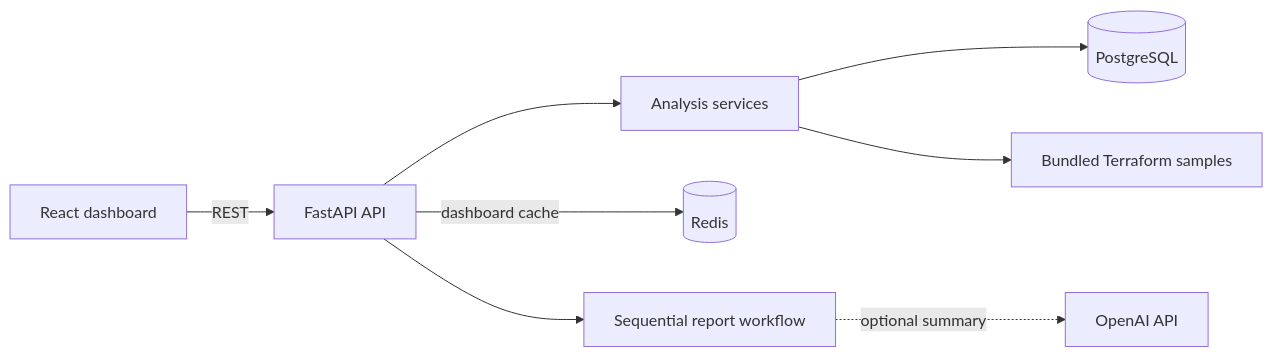
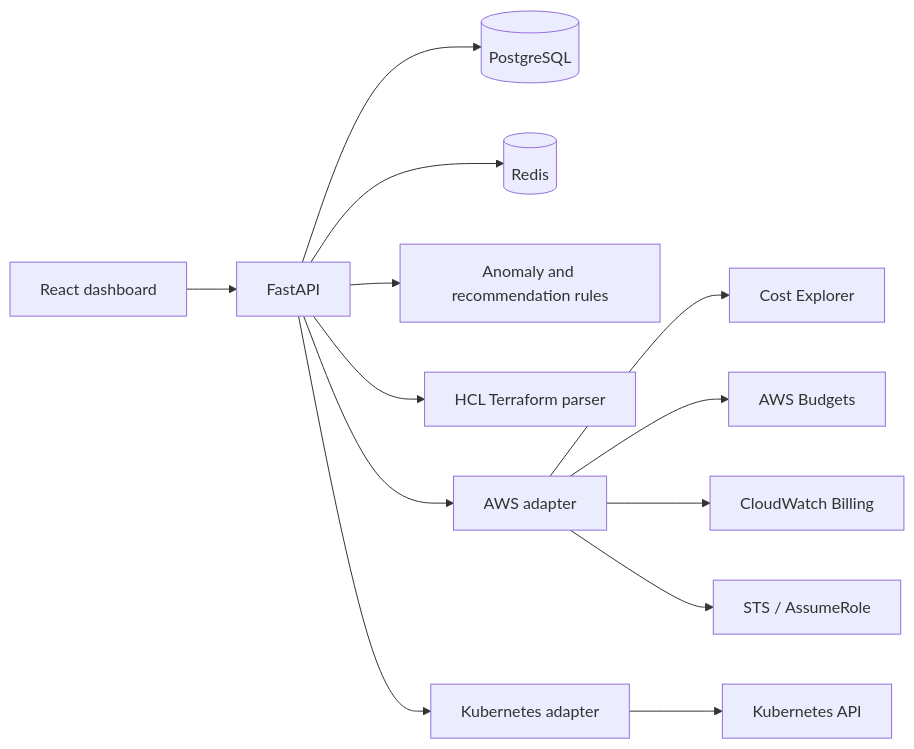
One commit to KevanMehta/ai-cloudops-platform changed the diagram in README.md. Above: the diagram before and after it, drawn with Mermaid. The commit also changed other lines of this file and 32 other files, not shown here.

````diff
--- a/README.md
+++ b/README.md
@@ -28,10 +38,15 @@
 ```mermaid
 flowchart LR
-    Browser[React dashboard] -->|REST| API[FastAPI API]
-    API --> Services[Analysis services]
-    Services --> DB[(PostgreSQL)]
-    API -->|dashboard cache| Redis[(Redis)]
-    Services --> Samples[Bundled Terraform samples]
-    API --> Workflow[Sequential report workflow]
-    Workflow -. optional summary .-> OpenAI[OpenAI API]
+    UI[React dashboard] --> API[FastAPI]
+    API --> DB[(PostgreSQL)]
+    API --> Cache[(Redis)]
+    API --> Rules[Anomaly and recommendation rules]
+    API --> HCL[HCL Terraform parser]
+    API --> AWS[AWS adapter]
+    API --> K8S[Kubernetes adapter]
+    AWS --> CE[Cost Explorer]
+    AWS --> Budgets[AWS Budgets]
+    AWS --> CW[CloudWatch Billing]
+    AWS --> STS[STS / AssumeRole]
+    K8S --> Cluster[Kubernetes API]
 ```
````
